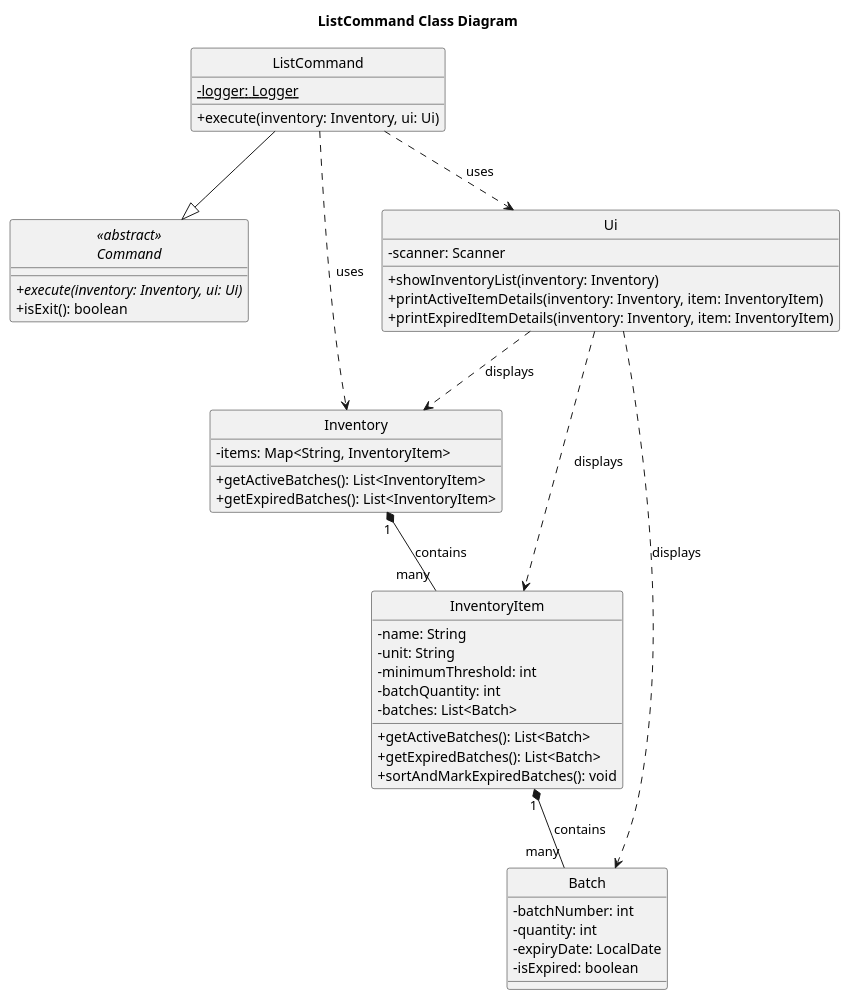
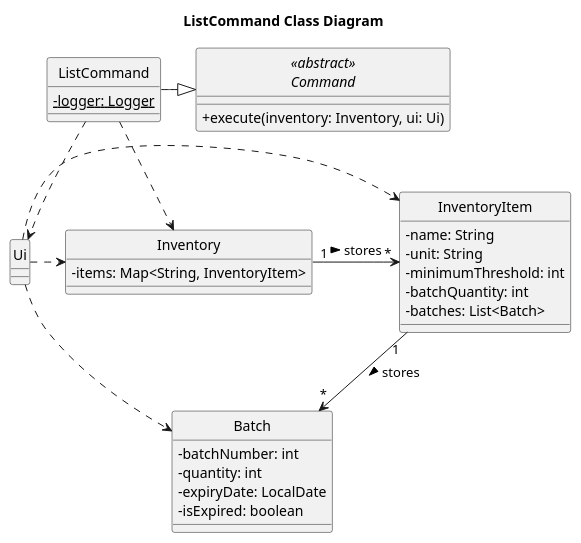
Before and after one commit to Yonish18/tp: the diagram in docs/uml/ListCommandClassDiagram.puml, drawn with PlantUML. The commit also changed other lines of this file and 2 other files, not shown here.

Commit message:
Simplify class and sequence diagram for listcommand feature

```diff
--- a/docs/uml/ListCommandClassDiagram.puml
+++ b/docs/uml/ListCommandClassDiagram.puml
@@ -1,64 +1,48 @@
 @startuml
 skinparam classAttributeIconSize 0
 hide circle
 
 title ListCommand Class Diagram
 
 abstract class "<<abstract>>\nCommand" as Command {
-    + {abstract} execute(inventory: Inventory, ui: Ui)
-    + isExit(): boolean
+    + execute(inventory: Inventory, ui: Ui)
 }
 
 class ListCommand {
     - {static} logger: Logger
-    + execute(inventory: Inventory, ui: Ui)
 }
 
 class Inventory {
     - items: Map<String, InventoryItem>
-    + getActiveBatches(): List<InventoryItem>
-    + getExpiredBatches(): List<InventoryItem>
 }
 
 class InventoryItem {
     - name: String
     - unit: String
     - minimumThreshold: int
     - batchQuantity: int
     - batches: List<Batch>
-    + getActiveBatches(): List<Batch>
-    + getExpiredBatches(): List<Batch>
-    + sortAndMarkExpiredBatches(): void
 }
 
 class Batch {
     - batchNumber: int
     - quantity: int
     - expiryDate: LocalDate
     - isExpired: boolean
-
 }
 
-class Ui {
-    - scanner: Scanner
-    + showInventoryList(inventory: Inventory)
-    + printActiveItemDetails(inventory: Inventory, item: InventoryItem)
-    + printExpiredItemDetails(inventory: Inventory, item: InventoryItem)
-}
+class Ui
 
+ListCommand -|> Command
 
-ListCommand --|> Command
+ListCommand ..> Inventory
+ListCommand ..> Ui
 
+Ui .> Inventory
+Ui .> InventoryItem
+Ui ..> Batch
 
-
-ListCommand ..> Inventory : uses
-ListCommand ..> Ui : uses
-
-Inventory "1" *-- "many" InventoryItem : contains
-InventoryItem "1" *-- "many" Batch : contains
-
-Ui ..> Inventory : displays
-Ui ..> InventoryItem : displays
-Ui ..> Batch : displays
+Inventory "1" -> "*" InventoryItem : stores >
+InventoryItem "1" -> "*" Batch : stores >
 
 @enduml
```
